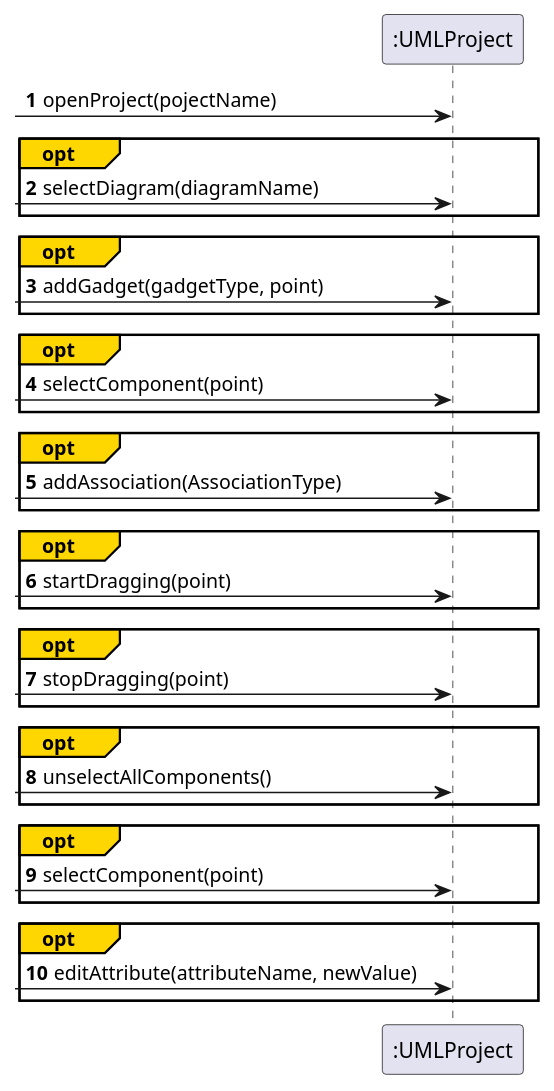
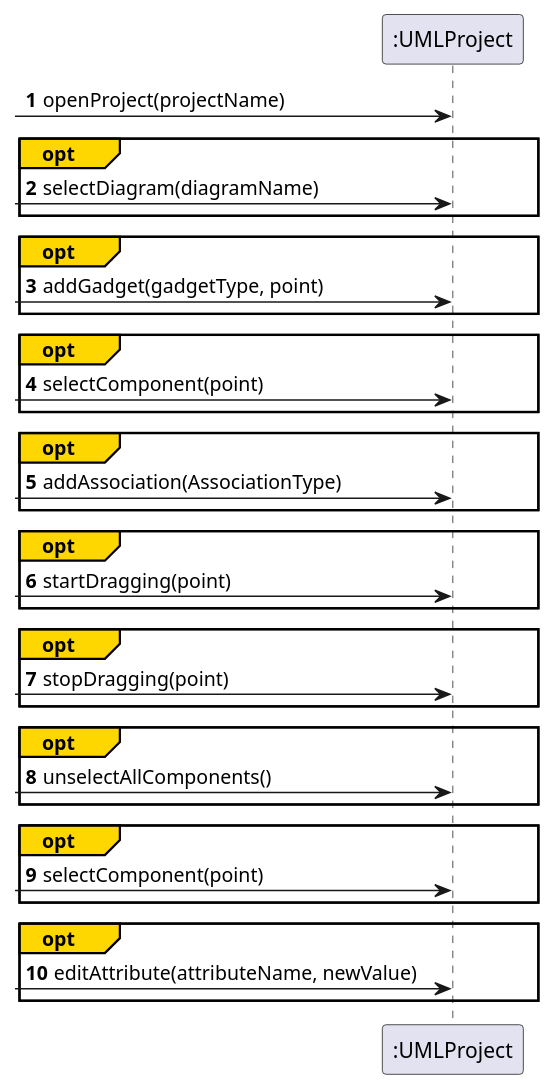
One commit to Vghxv/Dr.UML__________________ changed the diagram in docs/graphs/ssd_merge.iuml. Above: the diagram before and after it, drawn with PlantUML.

```diff
--- a/docs/graphs/ssd_merge.iuml
+++ b/docs/graphs/ssd_merge.iuml
@@ -1,31 +1,31 @@
 @startuml
 autonumber
- -> ":UMLProject": openProject(pojectName)
+ -> ":UMLProject": openProject(projectName)
 opt#gold #white
      -> ":UMLProject": selectDiagram(diagramName)
 end
 opt#gold #white
      -> ":UMLProject": addGadget(gadgetType, point)
 end
 opt#gold #white
      -> ":UMLProject": selectComponent(point)
  end
  opt#gold #white
     -> ":UMLProject": addAssociation(AssociationType)
  end
  opt#gold #white
     -> ":UMLProject": startDragging(point)
  end
  opt#gold #white
     -> ":UMLProject": stopDragging(point)
  end
  opt#gold #white
      -> ":UMLProject": unselectAllComponents()
  end
  opt#gold #white
      -> ":UMLProject": selectComponent(point)
  end
  opt#gold #white
      -> ":UMLProject": editAttribute(attributeName, newValue)
  end
 @enduml
```
